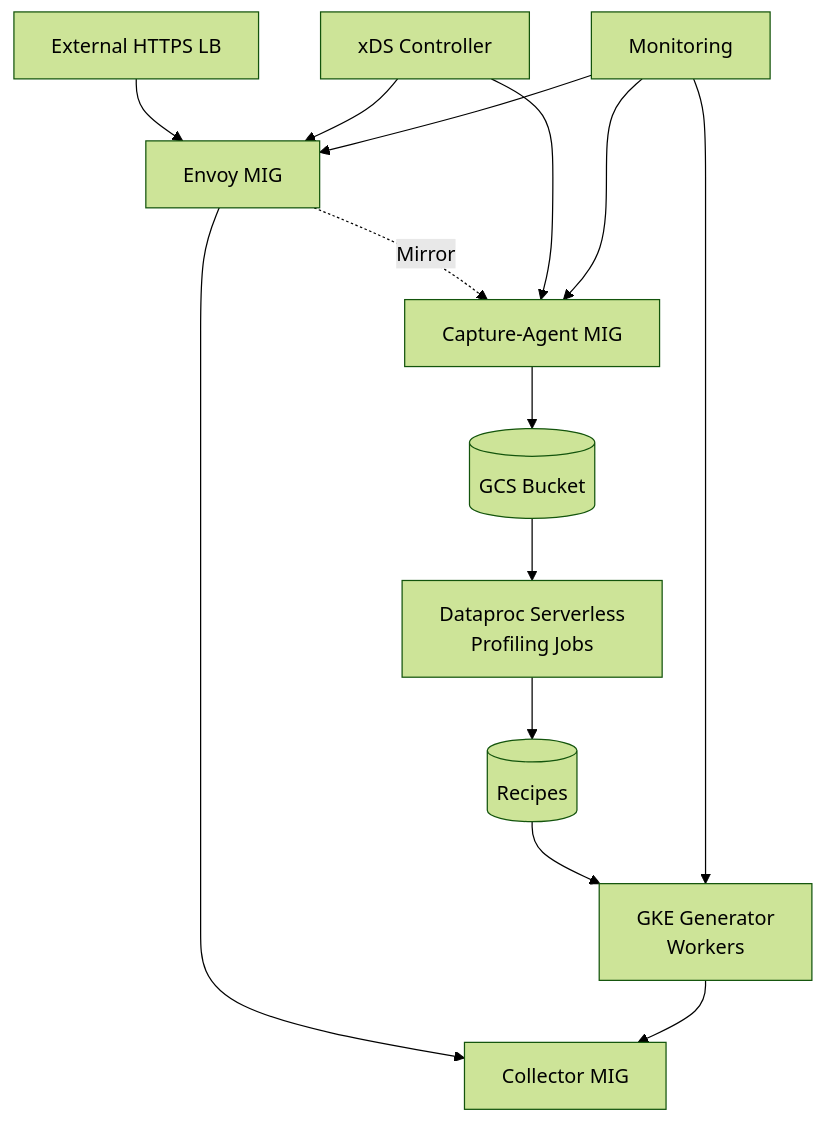
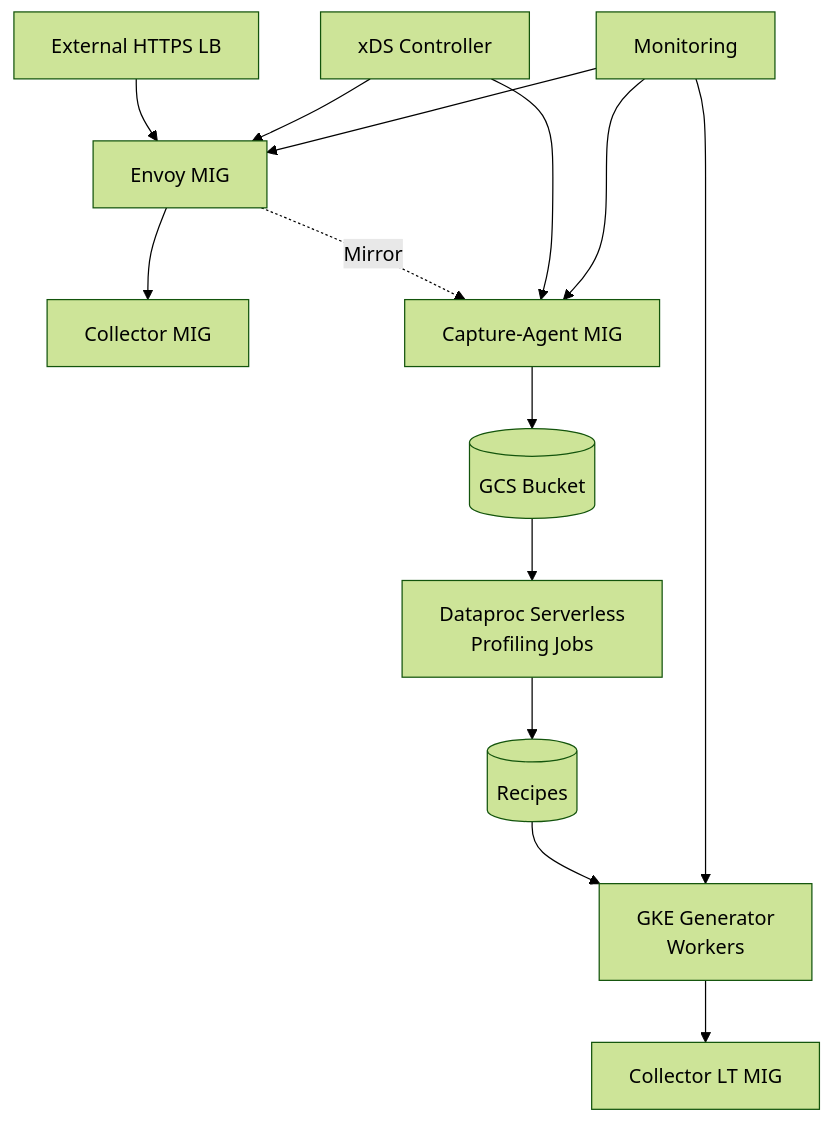
One commit to aszhur/loadgen changed the diagram in docs/designs/system-architecture.md. Above: the diagram before and after it, drawn with Mermaid (forest theme).

````diff
--- a/docs/designs/system-architecture.md
+++ b/docs/designs/system-architecture.md
@@ -21,20 +21,20 @@
 ```mermaid
 graph TB
     LB[External HTTPS LB] --> ENV[Envoy MIG<br/>]
     ENV --> COL[Collector MIG<br/>]
     ENV -.->|Mirror| CAP[Capture-Agent MIG<br/>]
     CAP --> GCS[(GCS Bucket)]
     
     XDS[xDS Controller] --> ENV
     XDS --> CAP
     
     GCS --> SPARK[Dataproc Serverless<br/>Profiling Jobs]
     SPARK --> RECIPES[(Recipes)]
     
     RECIPES --> GEN[GKE Generator<br/>Workers]
-    GEN --> COL
+    GEN --> COLLT[Collector LT MIG<br/>]
     
     MON[Monitoring] --> ENV
     MON --> CAP
     MON --> GEN
 ```
````
